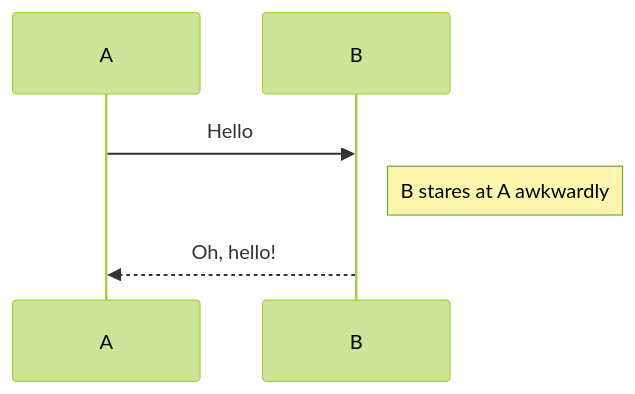
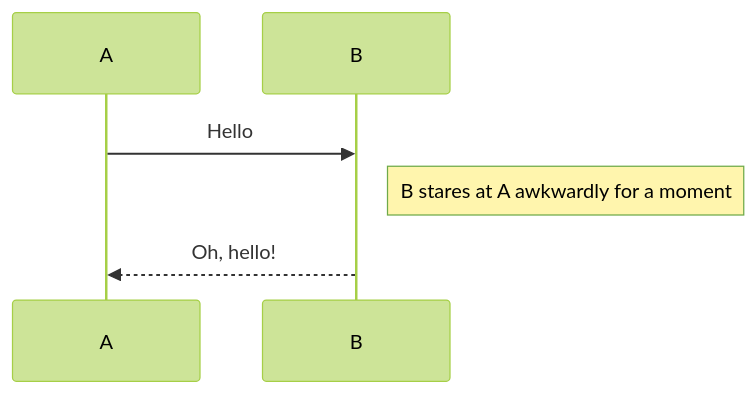
The diagram in README.md (payfriendz/mermaid-chrome-extension), drawn with Mermaid (forest theme) before and after one commit.

Commit message:
Fixed: better documentation again

````diff
--- a/README.md
+++ b/README.md
@@ -15,6 +15,6 @@
 ```mermaid
 sequenceDiagram
   A->>B: Hello
-	Note right of B: B stares at A awkwardly
+	Note right of B: B stares at A awkwardly for a moment
 	B-->>A: Oh, hello!
 ```
````
